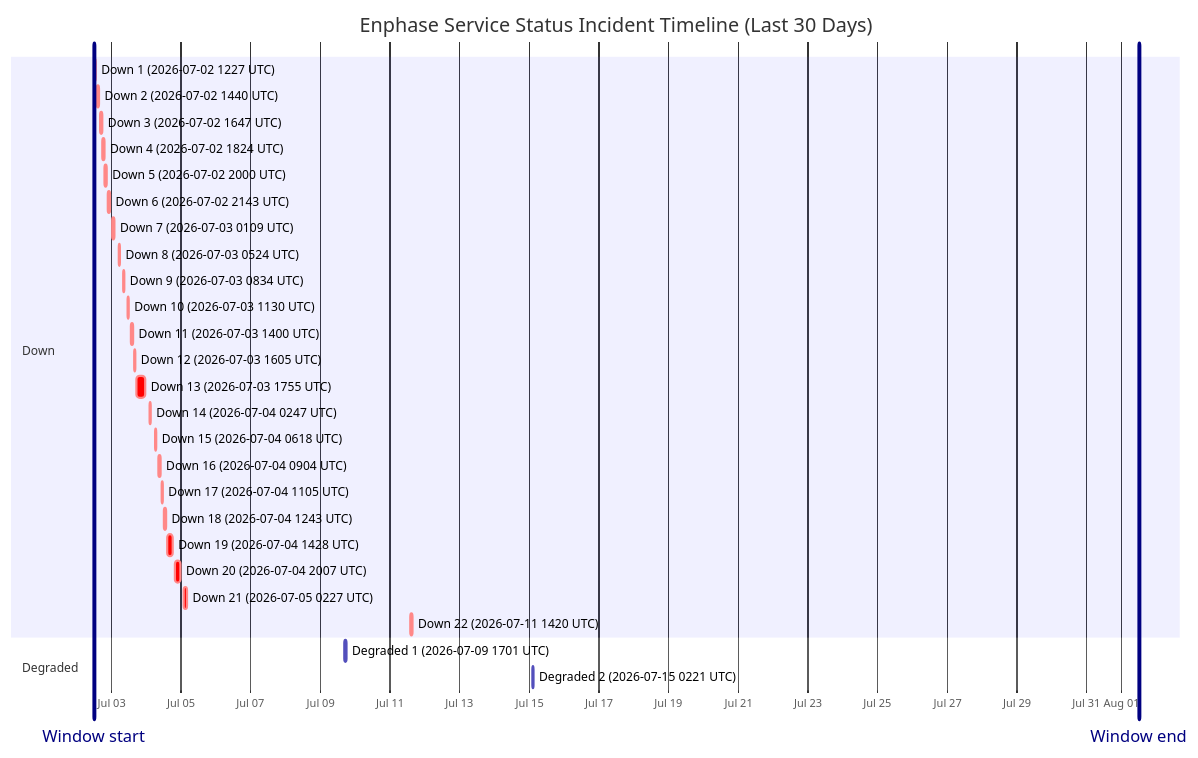
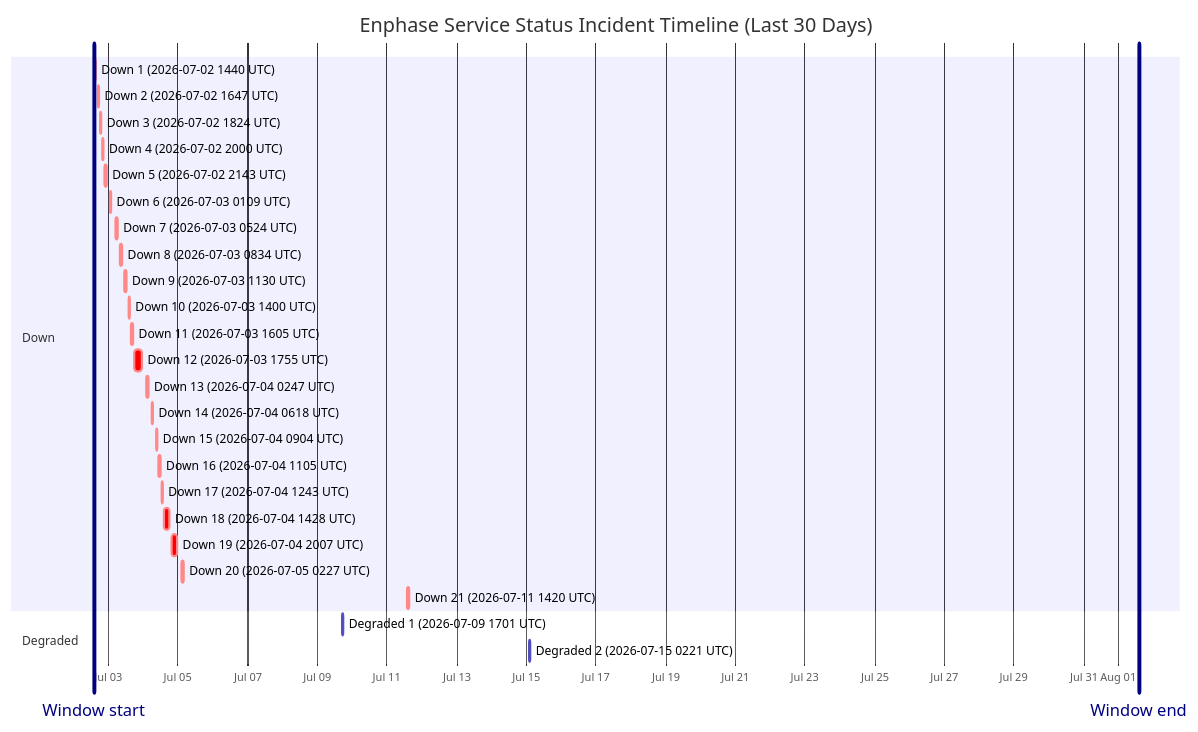
The diagram in wiki/Service-Status-History.md (barneyonline/ha-enphase-energy), drawn with Mermaid before and after one commit. The commit also changed other lines of this file and 3 other files, not shown here.

````diff
--- a/wiki/Service-Status-History.md
+++ b/wiki/Service-Status-History.md
@@ -14,34 +14,33 @@
 ```mermaid
 gantt
     title Enphase Service Status Incident Timeline (Last 30 Days)
     dateFormat  YYYY-MM-DDTHH:mm:ss
     axisFormat  %b %d
-    Window start :vert, window-start, 2026-07-02T12:03:54, 0ms
-    Window end :vert, window-end, 2026-08-01T12:03:54, 0ms
+    Window start :vert, window-start, 2026-07-02T14:06:03, 0ms
+    Window end :vert, window-end, 2026-08-01T14:06:03, 0ms
     section Down
-    Down 1 (2026-07-02 1227 UTC) :crit, down-1, 2026-07-02T12:27:49, 60m
-    Down 2 (2026-07-02 1440 UTC) :crit, down-2, 2026-07-02T14:40:53, 60m
-    Down 3 (2026-07-02 1647 UTC) :crit, down-3, 2026-07-02T16:47:47, 60m
-    Down 4 (2026-07-02 1824 UTC) :crit, down-4, 2026-07-02T18:24:26, 60m
-    Down 5 (2026-07-02 2000 UTC) :crit, down-5, 2026-07-02T20:00:57, 60m
-    Down 6 (2026-07-02 2143 UTC) :crit, down-6, 2026-07-02T21:43:52, 80m
-    Down 7 (2026-07-03 0109 UTC) :crit, down-7, 2026-07-03T01:09:19, 60m
-    Down 8 (2026-07-03 0524 UTC) :crit, down-8, 2026-07-03T05:24:23, 60m
-    Down 9 (2026-07-03 0834 UTC) :crit, down-9, 2026-07-03T08:34:05, 60m
-    Down 10 (2026-07-03 1130 UTC) :crit, down-10, 2026-07-03T11:30:41, 60m
-    Down 11 (2026-07-03 1400 UTC) :crit, down-11, 2026-07-03T14:00:48, 60m
-    Down 12 (2026-07-03 1605 UTC) :crit, down-12, 2026-07-03T16:05:49, 60m
-    Down 13 (2026-07-03 1755 UTC) :crit, down-13, 2026-07-03T17:55:54, 338m
-    Down 14 (2026-07-04 0247 UTC) :crit, down-14, 2026-07-04T02:47:22, 60m
-    Down 15 (2026-07-04 0618 UTC) :crit, down-15, 2026-07-04T06:18:09, 60m
-    Down 16 (2026-07-04 0904 UTC) :crit, down-16, 2026-07-04T09:04:41, 60m
-    Down 17 (2026-07-04 1105 UTC) :crit, down-17, 2026-07-04T11:05:21, 60m
-    Down 18 (2026-07-04 1243 UTC) :crit, down-18, 2026-07-04T12:43:25, 60m
-    Down 19 (2026-07-04 1428 UTC) :crit, down-19, 2026-07-04T14:28:07, 243m
-    Down 20 (2026-07-04 2007 UTC) :crit, down-20, 2026-07-04T20:07:50, 206m
-    Down 21 (2026-07-05 0227 UTC) :crit, down-21, 2026-07-05T02:27:32, 109m
-    Down 22 (2026-07-11 1420 UTC) :crit, down-22, 2026-07-11T14:20:54, 69m
+    Down 1 (2026-07-02 1440 UTC) :crit, down-1, 2026-07-02T14:40:53, 60m
+    Down 2 (2026-07-02 1647 UTC) :crit, down-2, 2026-07-02T16:47:47, 60m
+    Down 3 (2026-07-02 1824 UTC) :crit, down-3, 2026-07-02T18:24:26, 60m
+    Down 4 (2026-07-02 2000 UTC) :crit, down-4, 2026-07-02T20:00:57, 60m
+    Down 5 (2026-07-02 2143 UTC) :crit, down-5, 2026-07-02T21:43:52, 80m
+    Down 6 (2026-07-03 0109 UTC) :crit, down-6, 2026-07-03T01:09:19, 60m
+    Down 7 (2026-07-03 0524 UTC) :crit, down-7, 2026-07-03T05:24:23, 60m
+    Down 8 (2026-07-03 0834 UTC) :crit, down-8, 2026-07-03T08:34:05, 60m
+    Down 9 (2026-07-03 1130 UTC) :crit, down-9, 2026-07-03T11:30:41, 60m
+    Down 10 (2026-07-03 1400 UTC) :crit, down-10, 2026-07-03T14:00:48, 60m
+    Down 11 (2026-07-03 1605 UTC) :crit, down-11, 2026-07-03T16:05:49, 60m
+    Down 12 (2026-07-03 1755 UTC) :crit, down-12, 2026-07-03T17:55:54, 338m
+    Down 13 (2026-07-04 0247 UTC) :crit, down-13, 2026-07-04T02:47:22, 60m
+    Down 14 (2026-07-04 0618 UTC) :crit, down-14, 2026-07-04T06:18:09, 60m
+    Down 15 (2026-07-04 0904 UTC) :crit, down-15, 2026-07-04T09:04:41, 60m
+    Down 16 (2026-07-04 1105 UTC) :crit, down-16, 2026-07-04T11:05:21, 60m
+    Down 17 (2026-07-04 1243 UTC) :crit, down-17, 2026-07-04T12:43:25, 60m
+    Down 18 (2026-07-04 1428 UTC) :crit, down-18, 2026-07-04T14:28:07, 243m
+    Down 19 (2026-07-04 2007 UTC) :crit, down-19, 2026-07-04T20:07:50, 206m
+    Down 20 (2026-07-05 0227 UTC) :crit, down-20, 2026-07-05T02:27:32, 109m
+    Down 21 (2026-07-11 1420 UTC) :crit, down-21, 2026-07-11T14:20:54, 69m
     section Degraded
     Degraded 1 (2026-07-09 1701 UTC) :active, degraded-1, 2026-07-09T17:01:02, 60m
     Degraded 2 (2026-07-15 0221 UTC) :active, degraded-2, 2026-07-15T02:21:35, 60m
 ```
````
